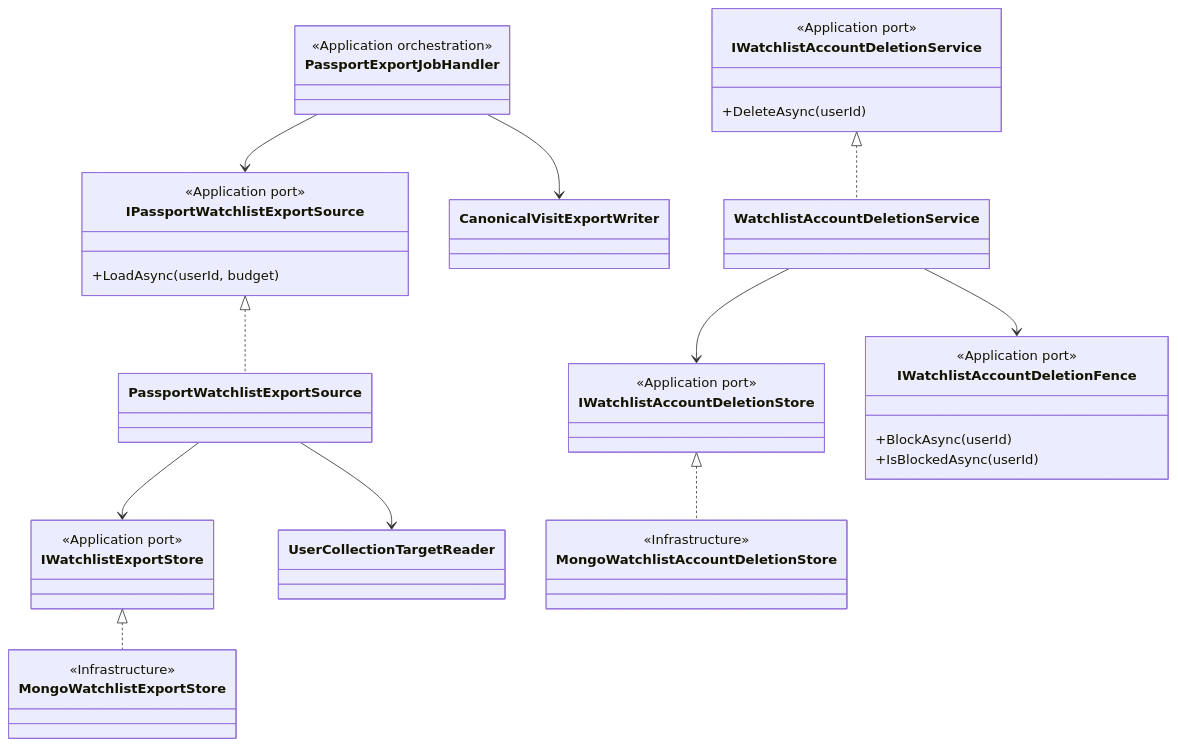
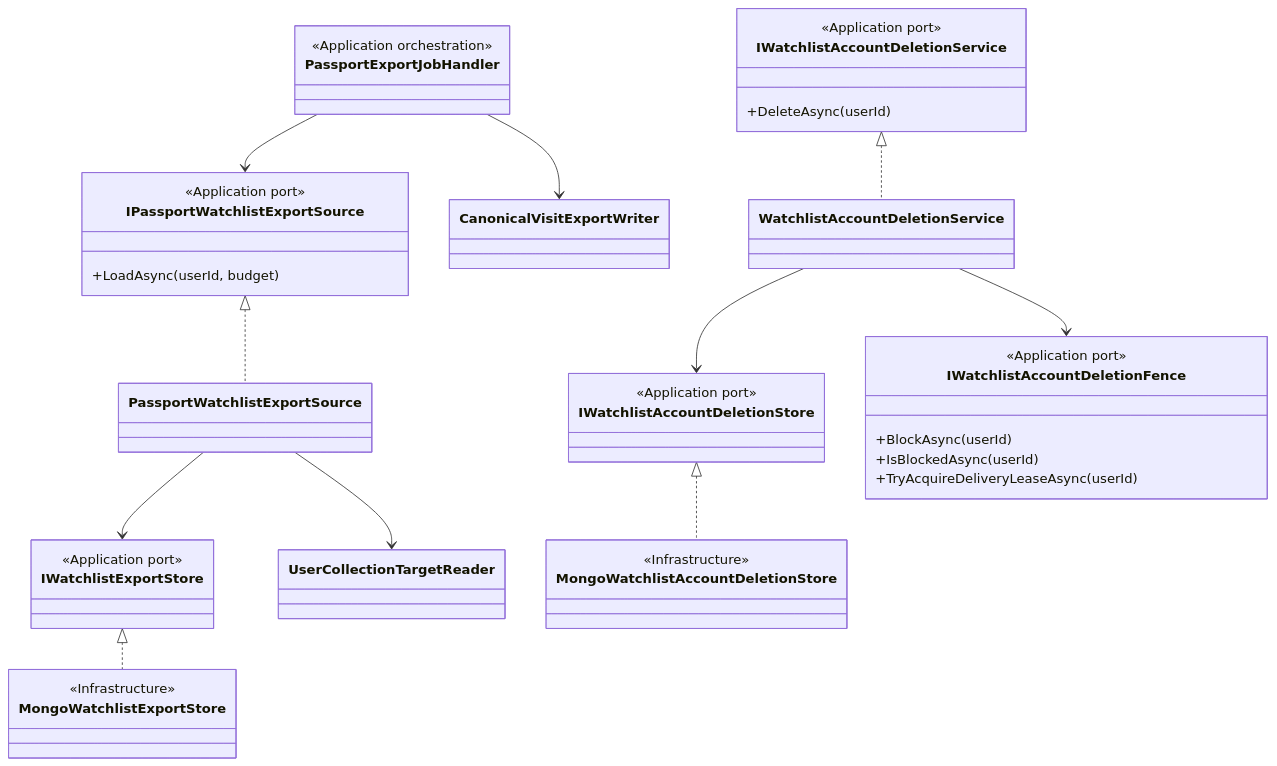
Before and after one commit to Ced59/AmusementParkProject: the second of 4 diagrams in docs/architecture/product-growth-watch-11-data-lifecycle-2026-09-17.md, drawn with Mermaid. The commit also changed other lines of this file and 15 other files, not shown here.

````diff
--- a/docs/architecture/product-growth-watch-11-data-lifecycle-2026-09-17.md
+++ b/docs/architecture/product-growth-watch-11-data-lifecycle-2026-09-17.md
@@ -60,46 +60,47 @@
 ```mermaid
 classDiagram
     class PassportExportJobHandler {
       <<Application orchestration>>
     }
     class IPassportWatchlistExportSource {
       <<Application port>>
       +LoadAsync(userId, budget)
     }
     class PassportWatchlistExportSource
     class IWatchlistExportStore {
       <<Application port>>
     }
     class MongoWatchlistExportStore {
       <<Infrastructure>>
     }
     class UserCollectionTargetReader
     class CanonicalVisitExportWriter
     class IWatchlistAccountDeletionService {
       <<Application port>>
       +DeleteAsync(userId)
     }
     class WatchlistAccountDeletionService
     class IWatchlistAccountDeletionStore {
       <<Application port>>
     }
     class IWatchlistAccountDeletionFence {
       <<Application port>>
       +BlockAsync(userId)
       +IsBlockedAsync(userId)
+      +TryAcquireDeliveryLeaseAsync(userId)
     }
     class MongoWatchlistAccountDeletionStore {
       <<Infrastructure>>
     }
 
     PassportExportJobHandler --> IPassportWatchlistExportSource
     IPassportWatchlistExportSource <|.. PassportWatchlistExportSource
     PassportWatchlistExportSource --> IWatchlistExportStore
     PassportWatchlistExportSource --> UserCollectionTargetReader
     IWatchlistExportStore <|.. MongoWatchlistExportStore
     PassportExportJobHandler --> CanonicalVisitExportWriter
     IWatchlistAccountDeletionService <|.. WatchlistAccountDeletionService
     WatchlistAccountDeletionService --> IWatchlistAccountDeletionStore
     WatchlistAccountDeletionService --> IWatchlistAccountDeletionFence
     IWatchlistAccountDeletionStore <|.. MongoWatchlistAccountDeletionStore
 ```
````
